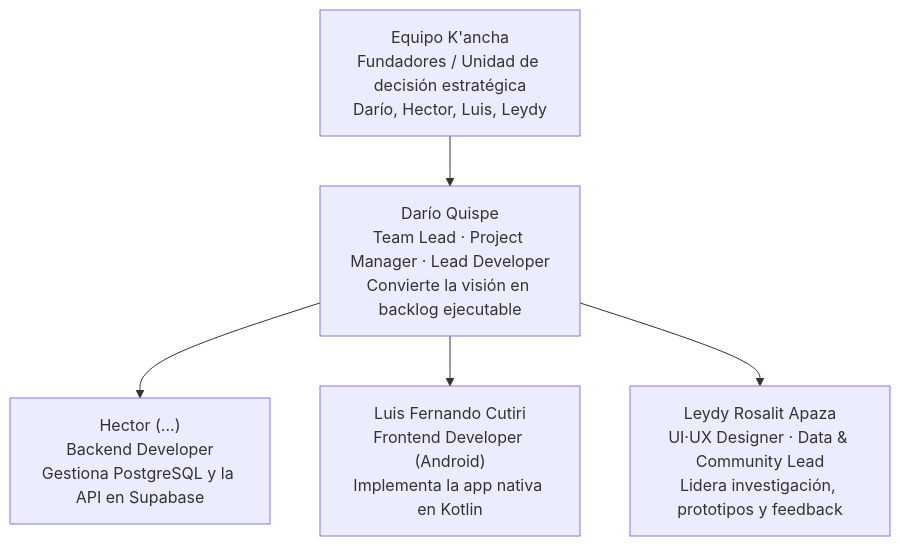
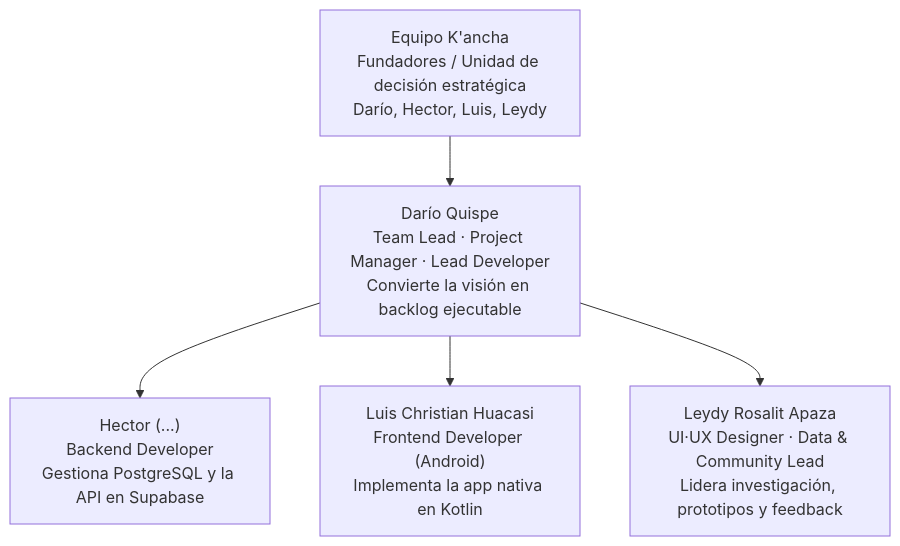
The first of 3 diagrams in DiagramaProyecto.md (ResiliopeDAN/Diagramas-Flujos-Ruta-K-ancha), drawn with Mermaid before and after one commit. The commit also changed other lines of this file, not shown here.

````diff
--- a/DiagramaProyecto.md
+++ b/DiagramaProyecto.md
@@ -7,8 +7,8 @@
 ```mermaid
 flowchart TD
     N0_Equipo["Equipo K'ancha<br/>Fundadores / Unidad de decisión estratégica<br/>Darío, Hector, Luis, Leydy"]
     N0_Equipo --> N1_Dario["Darío Quispe<br/>Team Lead · Project Manager · Lead Developer<br/>Convierte la visión en backlog ejecutable"]
     N1_Dario --> N2_Hector["Hector (...)<br/>Backend Developer<br/>Gestiona PostgreSQL y la API en Supabase"]
-    N1_Dario --> N2_Luis["Luis Fernando Cutiri<br/>Frontend Developer (Android)<br/>Implementa la app nativa en Kotlin"]
+    N1_Dario --> N2_Luis["Luis Christian Huacasi<br/>Frontend Developer (Android)<br/>Implementa la app nativa en Kotlin"]
     N1_Dario --> N2_Leydy["Leydy Rosalit Apaza<br/>UI·UX Designer · Data & Community Lead<br/>Lidera investigación, prototipos y feedback"]
 ```
````
